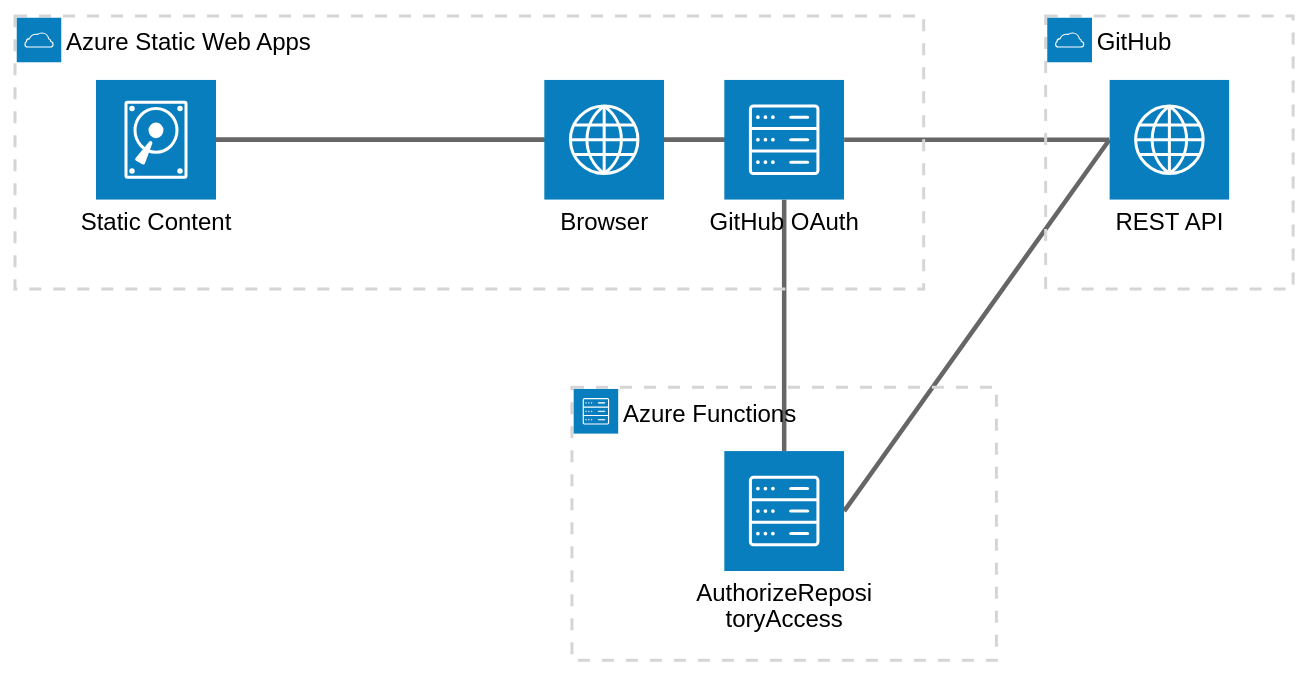
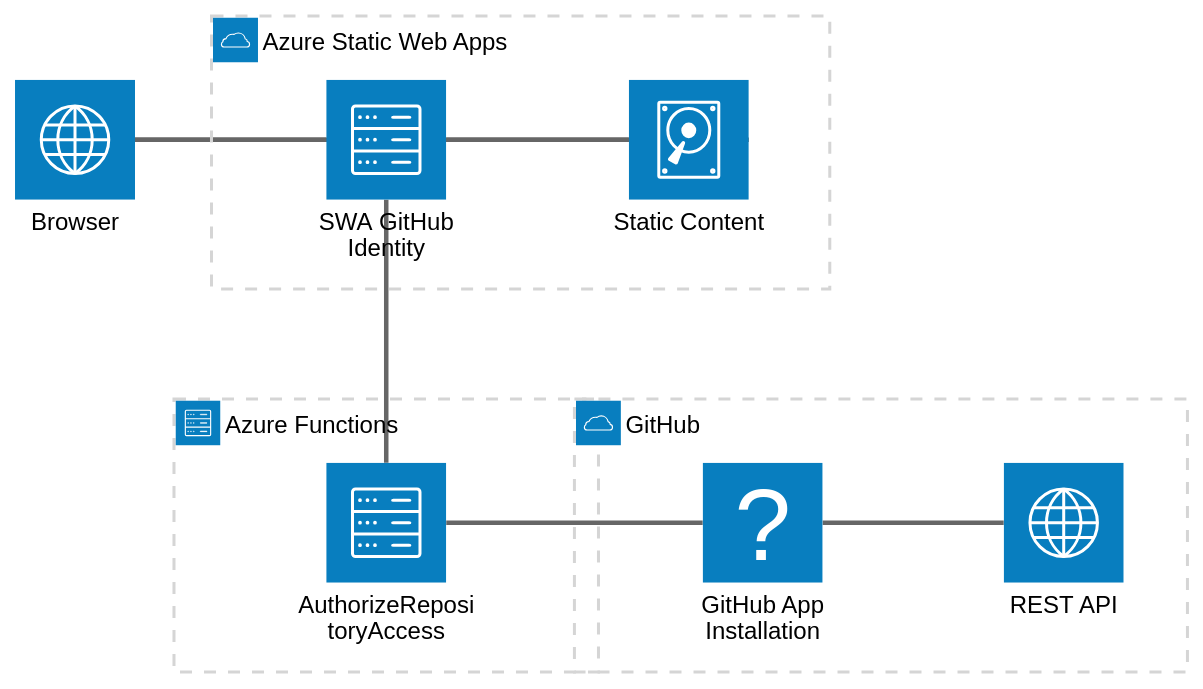
One commit to nuitsjp/swa-github-repo-auth changed the first of 2 diagrams in README.md. Above: the diagram before and after it, drawn with Mermaid (neutral theme). The commit also changed other lines of this file and 10 other files, not shown here.

Commit message:
Auth: switch to GitHub App authorization

````diff
--- a/README.md
+++ b/README.md
@@ -78,21 +78,22 @@
 ```mermaid
 architecture-beta
     service browser(internet)[Browser]
-    
+
     group swa(cloud)[Azure Static Web Apps]
-    service auth(server)[GitHub OAuth] in swa
+    service auth(server)[SWA GitHub Identity] in swa
     service content(disk)[Static Content] in swa
-    
+
     group functions(server)[Azure Functions]
     service roleFunc(server)[AuthorizeRepositoryAccess] in functions
-    
+
     group github(cloud)[GitHub]
+    service ghapp(lock)[GitHub App Installation] in github
     service ghapi(internet)[REST API] in github
-    
+
     browser:R -- L:auth
     auth:R -- L:content
     content:R -- L:browser
     auth:B -- T:roleFunc
-    roleFunc:R -- L:ghapi
-    ghapi:L -- R:auth
+    roleFunc:R -- L:ghapp
+    ghapp:R -- L:ghapi
 ```
````
